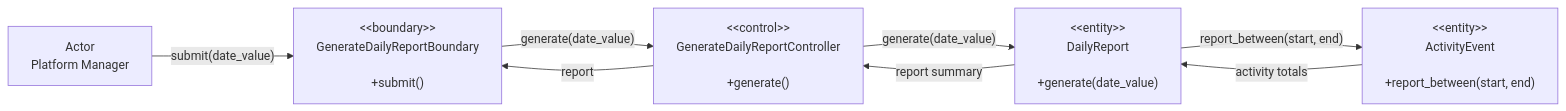
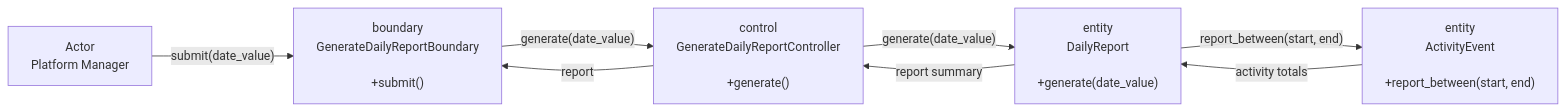
The first of 2 diagrams in interior_platform/diagrams/US44_Generate_Daily_Report/README.md (boyinapuddle/CSIT314-Chinese), drawn with Mermaid before and after one commit. The commit also changed 100 other files, not shown here.

Commit message:
fix bce diagram mds

````diff
--- a/interior_platform/diagrams/US44_Generate_Daily_Report/README.md
+++ b/interior_platform/diagrams/US44_Generate_Daily_Report/README.md
@@ -5,15 +5,15 @@
 ```mermaid
 flowchart LR
     N0["Actor<br/>Platform Manager"]
-    N1["&lt;&lt;boundary&gt;&gt;<br/>GenerateDailyReportBoundary<br/><br/>+submit()"]
-    N2["&lt;&lt;control&gt;&gt;<br/>GenerateDailyReportController<br/><br/>+generate()"]
-    N3["&lt;&lt;entity&gt;&gt;<br/>DailyReport<br/><br/>+generate(date_value)"]
-    N4["&lt;&lt;entity&gt;&gt;<br/>ActivityEvent<br/><br/>+report_between(start, end)"]
+    N1["boundary<br/>GenerateDailyReportBoundary<br/><br/>+submit()"]
+    N2["control<br/>GenerateDailyReportController<br/><br/>+generate()"]
+    N3["entity<br/>DailyReport<br/><br/>+generate(date_value)"]
+    N4["entity<br/>ActivityEvent<br/><br/>+report_between(start, end)"]
     N0 -->|"submit(date_value)"| N1
     N1 -->|"generate(date_value)"| N2
     N2 -->|"generate(date_value)"| N3
     N3 -->|"report_between(start, end)"| N4
     N4 -->|"activity totals"| N3
     N3 -->|"report summary"| N2
     N2 -->|"report"| N1
 ```
````
